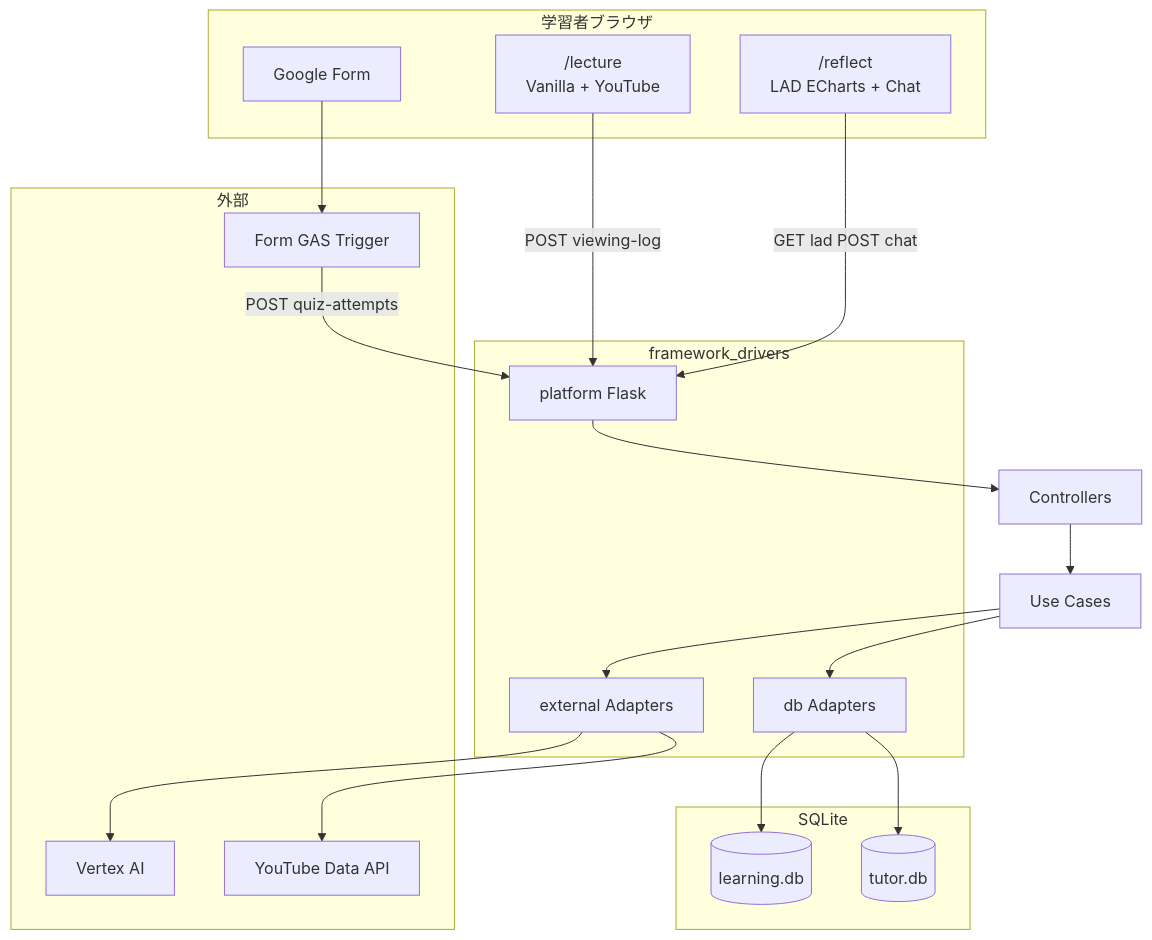
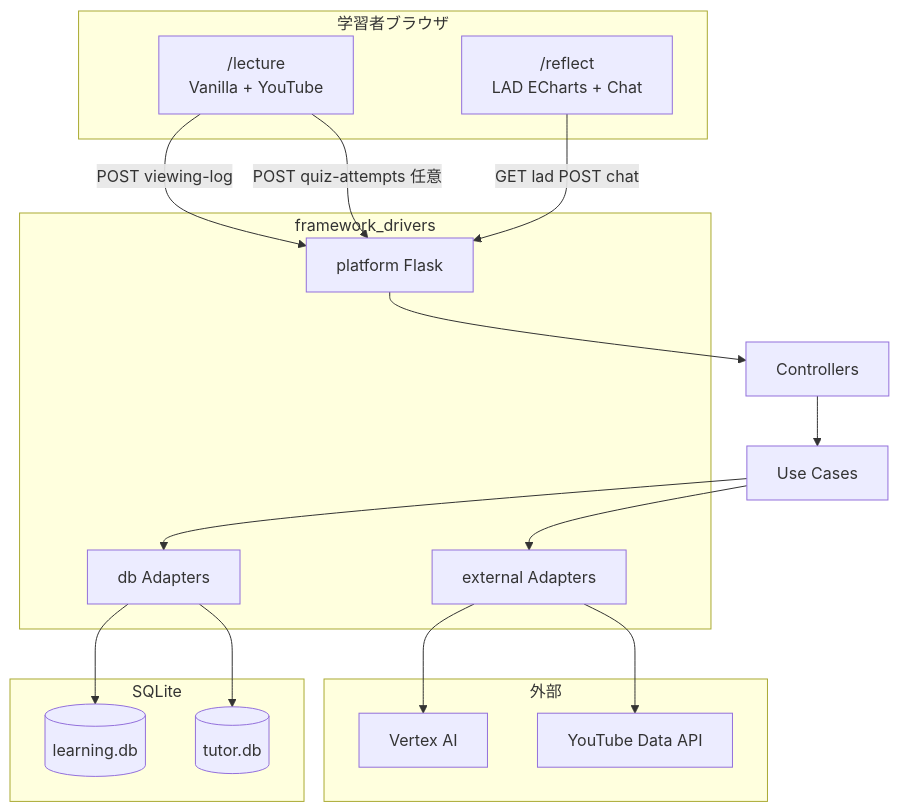
The first of 2 diagrams in docs/spec/framework-drivers-layer.md (Kotan-86/system_support_selfRegulatedLearning), drawn with Mermaid before and after one commit. The commit also changed other lines of this file and 75 other files, not shown here.

````diff
--- a/docs/spec/framework-drivers-layer.md
+++ b/docs/spec/framework-drivers-layer.md
@@ -155,37 +158,35 @@
 ```mermaid
 flowchart TB
     subgraph learner [学習者ブラウザ]
         lecture["/lecture\nVanilla + YouTube"]
         reflect["/reflect\nLAD ECharts + Chat"]
-        form[Google Form]
     end
 
     subgraph fd [framework_drivers]
         platform[platform Flask]
         fdDb[db Adapters]
         fdExt[external Adapters]
     end
 
     subgraph external [外部]
         vertex[Vertex AI]
         youtube[YouTube Data API]
-        gas[Form GAS Trigger]
     end
 
     subgraph storage [SQLite]
         learningDB[(learning.db)]
         tutorDB[(tutor.db)]
     end
 
     lecture -->|POST viewing-log| platform
+    lecture -->|POST quiz-attempts 任意| platform
     reflect -->|GET lad POST chat| platform
-    form --> gas -->|POST quiz-attempts| platform
     platform --> controllers[Controllers]
     controllers --> uc[Use Cases]
     uc --> fdDb
     uc --> fdExt
     fdDb --> learningDB
     fdDb --> tutorDB
     fdExt --> vertex
     fdExt --> youtube
 ```
````
